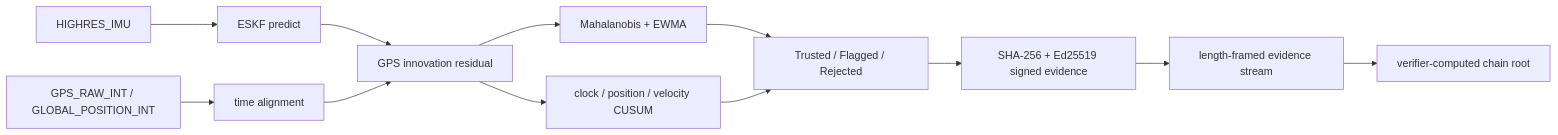
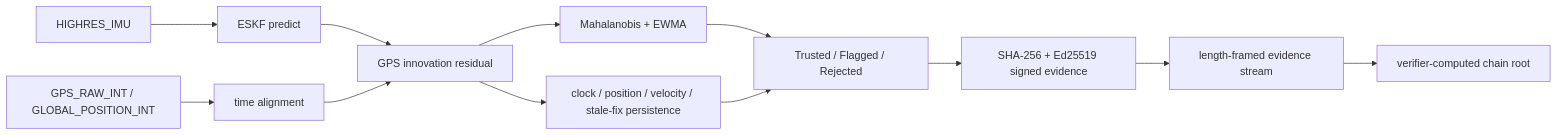
One commit to vpratab/RTVLASSLIM changed the diagram in README.md. Above: the diagram before and after it, drawn with Mermaid. The commit also changed other lines of this file and 30 other files, not shown here.

````diff
--- a/README.md
+++ b/README.md
@@ -109,14 +109,14 @@
 ```mermaid
 flowchart LR
     imu["HIGHRES_IMU"] --> eskf["ESKF predict"]
     gps["GPS_RAW_INT / GLOBAL_POSITION_INT"] --> sync["time alignment"]
     eskf --> innov["GPS innovation residual"]
     sync --> innov
     innov --> maha["Mahalanobis + EWMA"]
-    innov --> cusum["clock / position / velocity CUSUM"]
+    innov --> cusum["clock / position / velocity / stale-fix persistence"]
     maha --> verdict["Trusted / Flagged / Rejected"]
     cusum --> verdict
     verdict --> evidence["SHA-256 + Ed25519 signed evidence"]
     evidence --> file["length-framed evidence stream"]
     file --> root["verifier-computed chain root"]
 ```
````
